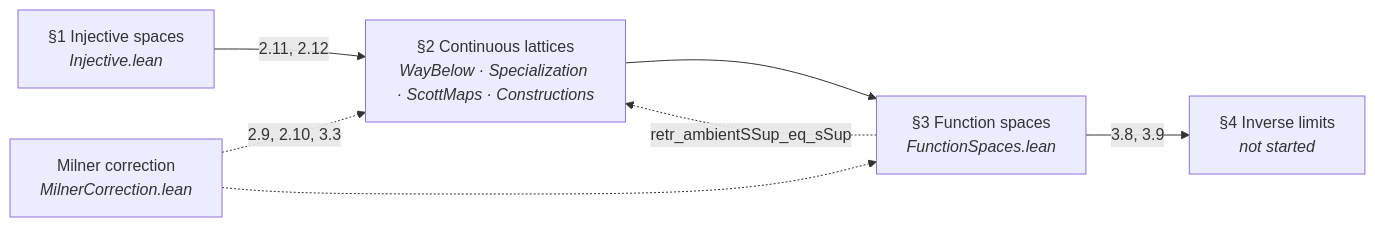
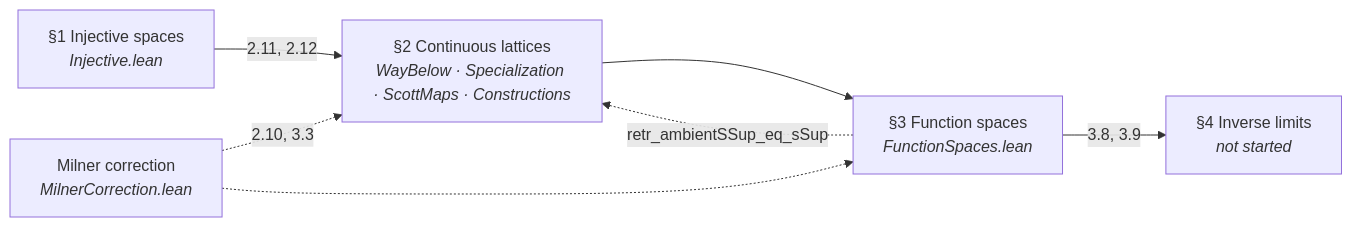
One commit to catskillsresearch/domain_theory changed the second of 8 diagrams in arxiv.md. Above: the diagram before and after it, drawn with Mermaid. The commit also changed other lines of this file and 2 other files, not shown here.

````diff
--- a/arxiv.md
+++ b/arxiv.md
@@ -217,15 +218,15 @@
 ```mermaid
 flowchart LR
   S1["§1 Injective spaces<br/><i>Injective.lean</i>"]
   S2["§2 Continuous lattices<br/><i>WayBelow · Specialization · ScottMaps · Constructions</i>"]
   S3["§3 Function spaces<br/><i>FunctionSpaces.lean</i>"]
   S4["§4 Inverse limits<br/><i>not started</i>"]
   MIL["Milner correction<br/><i>MilnerCorrection.lean</i>"]
 
   S1 -->|"2.11, 2.12"| S2
   S2 --> S3
   S3 -->|"3.8, 3.9"| S4
-  MIL -.->|"2.9, 2.10, 3.3"| S2
+  MIL -.->|"2.10, 3.3"| S2
   MIL -.-> S3
   S3 -.->|"retr_ambientSSup_eq_sSup"| S2
 ```
````
